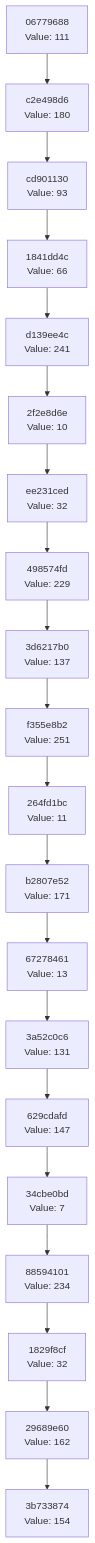
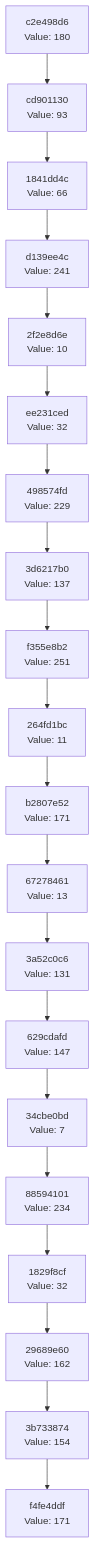
The diagram in docs/CHAIN_VISUALIZATION.md (Abhisheksinha1506/hash-chain-evolver), drawn with Mermaid before and after one commit. The commit also changed 2 other files, not shown here.

Commit message:
Evolution step: hash 0xAB → action executed

````diff
--- a/docs/CHAIN_VISUALIZATION.md
+++ b/docs/CHAIN_VISUALIZATION.md
@@ -3,42 +3,42 @@
 ```mermaid
 graph TD
-    C0["3b733874<br/>Value: 154"]
-    C1["29689e60<br/>Value: 162"]
+    C0["f4fe4ddf<br/>Value: 171"]
+    C1["3b733874<br/>Value: 154"]
     C1 --> C0
-    C2["1829f8cf<br/>Value: 32"]
+    C2["29689e60<br/>Value: 162"]
     C2 --> C1
-    C3["88594101<br/>Value: 234"]
+    C3["1829f8cf<br/>Value: 32"]
     C3 --> C2
-    C4["34cbe0bd<br/>Value: 7"]
+    C4["88594101<br/>Value: 234"]
     C4 --> C3
-    C5["629cdafd<br/>Value: 147"]
+    C5["34cbe0bd<br/>Value: 7"]
     C5 --> C4
-    C6["3a52c0c6<br/>Value: 131"]
+    C6["629cdafd<br/>Value: 147"]
     C6 --> C5
-    C7["67278461<br/>Value: 13"]
+    C7["3a52c0c6<br/>Value: 131"]
     C7 --> C6
-    C8["b2807e52<br/>Value: 171"]
+    C8["67278461<br/>Value: 13"]
     C8 --> C7
-    C9["264fd1bc<br/>Value: 11"]
+    C9["b2807e52<br/>Value: 171"]
     C9 --> C8
-    C10["f355e8b2<br/>Value: 251"]
+    C10["264fd1bc<br/>Value: 11"]
     C10 --> C9
-    C11["3d6217b0<br/>Value: 137"]
+    C11["f355e8b2<br/>Value: 251"]
     C11 --> C10
-    C12["498574fd<br/>Value: 229"]
+    C12["3d6217b0<br/>Value: 137"]
     C12 --> C11
-    C13["ee231ced<br/>Value: 32"]
+    C13["498574fd<br/>Value: 229"]
     C13 --> C12
-    C14["2f2e8d6e<br/>Value: 10"]
+    C14["ee231ced<br/>Value: 32"]
     C14 --> C13
-    C15["d139ee4c<br/>Value: 241"]
+    C15["2f2e8d6e<br/>Value: 10"]
     C15 --> C14
-    C16["1841dd4c<br/>Value: 66"]
+    C16["d139ee4c<br/>Value: 241"]
     C16 --> C15
-    C17["cd901130<br/>Value: 93"]
+    C17["1841dd4c<br/>Value: 66"]
     C17 --> C16
-    C18["c2e498d6<br/>Value: 180"]
+    C18["cd901130<br/>Value: 93"]
     C18 --> C17
-    C19["06779688<br/>Value: 111"]
+    C19["c2e498d6<br/>Value: 180"]
     C19 --> C18
 ```
````
